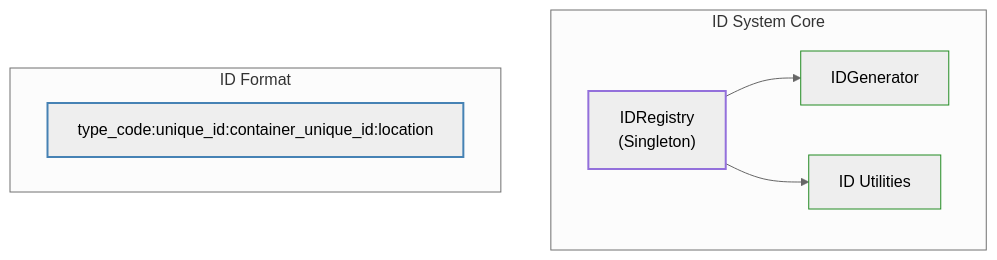
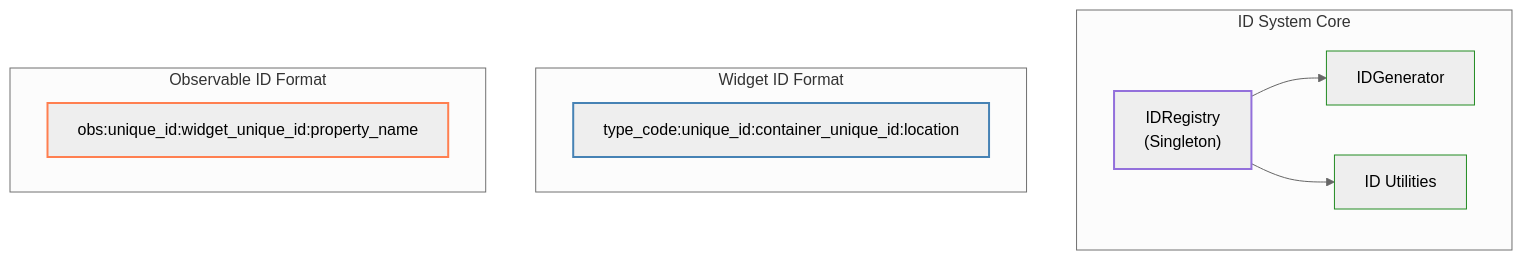
Before and after one commit to maro7tigre/PySignalDecipher: the first of 2 diagrams in command_system/docs/id_system.md, drawn with Mermaid (neutral theme). The commit also changed other lines of this file and 4 other files, not shown here.

````diff
--- a/command_system/docs/id_system.md
+++ b/command_system/docs/id_system.md
@@ -9,20 +9,25 @@
 ```mermaid
 flowchart TD
     subgraph "ID System Core"
         IDRegistry["IDRegistry\n(Singleton)"]
         IDGenerator["IDGenerator"]
         IDUtils["ID Utilities"]
     end
     
-    subgraph "ID Format"
-        Format["type_code:unique_id:container_unique_id:location"]
+    subgraph "Widget ID Format"
+        WidgetFormat["type_code:unique_id:container_unique_id:location"]
+    end
+    
+    subgraph "Observable ID Format"
+        ObservableFormat["obs:unique_id:widget_unique_id:property_name"]
     end
     
     IDRegistry --> IDGenerator
     IDRegistry --> IDUtils
     
     style IDRegistry stroke:#9370db,stroke-width:2px
     style IDGenerator stroke:#228b22,stroke-width:1px
     style IDUtils stroke:#228b22,stroke-width:1px
-    style Format stroke:#4682b4,stroke-width:2px
+    style WidgetFormat stroke:#4682b4,stroke-width:2px
+    style ObservableFormat stroke:#ff7f50,stroke-width:2px
 ```
````
